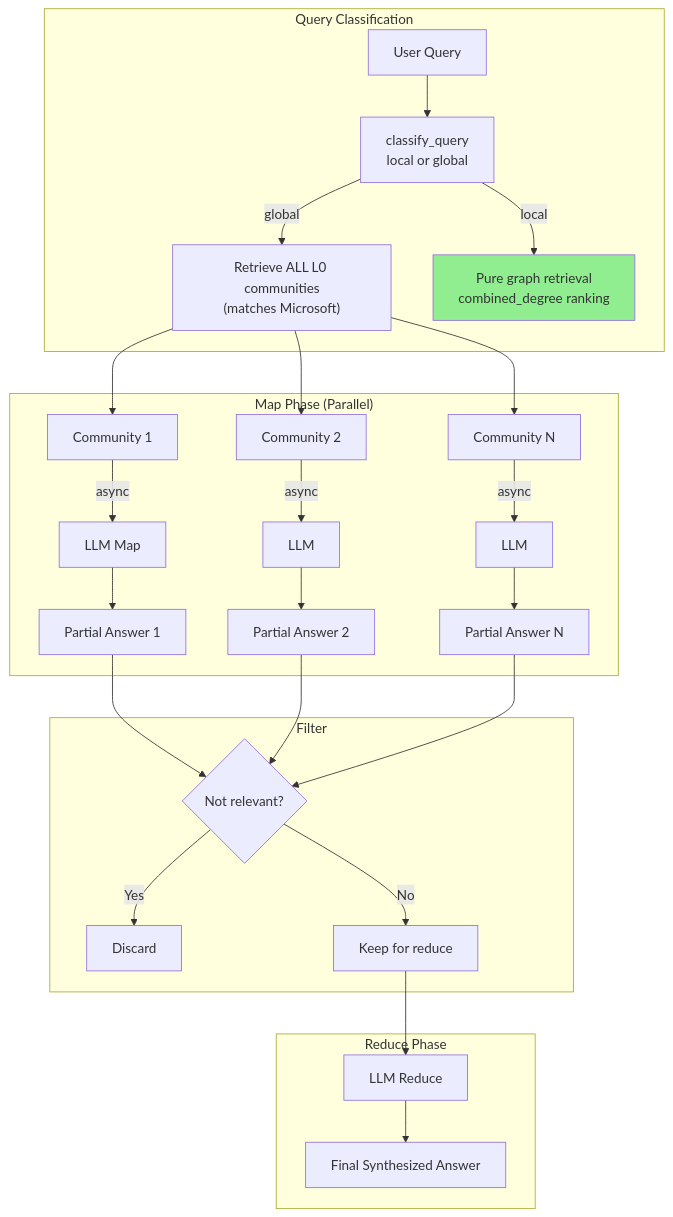
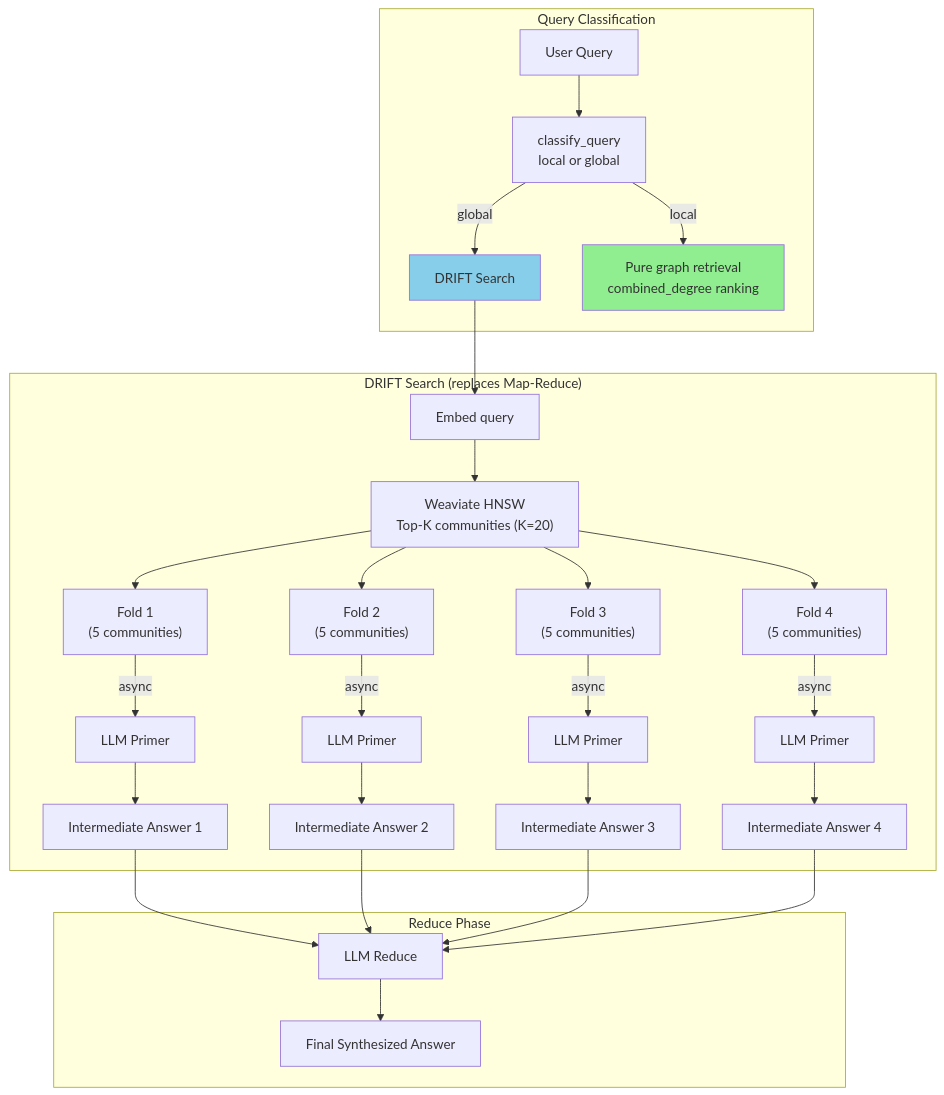
The eighth of 8 diagrams in memory-bank/graphrag/graphrag_raglab_implementation.md (crlsrmrlsz/raglab), drawn with Mermaid before and after one commit. The commit also changed other lines of this file and 6 other files, not shown here.

First line of the commit message:
docs: clean up stale map-reduce references after DRIFT implementation

````diff
--- a/memory-bank/graphrag/graphrag_raglab_implementation.md
+++ b/memory-bank/graphrag/graphrag_raglab_implementation.md
@@ -563,37 +565,38 @@
 ```mermaid
 flowchart TB
     subgraph Classification["Query Classification"]
         QUERY[User Query] --> CLASSIFY["classify_query<br/>local or global"]
-        CLASSIFY --> |global| RETRIEVE["Retrieve ALL L0 communities<br/>(matches Microsoft)"]
+        CLASSIFY --> |global| DRIFT["DRIFT Search"]
         CLASSIFY --> |local| LOCAL[Pure graph retrieval<br/>combined_degree ranking]
     end
 
-    subgraph MapPhase["Map Phase (Parallel)"]
-        RETRIEVE --> C1[Community 1]
-        RETRIEVE --> C2[Community 2]
-        RETRIEVE --> CN[Community N]
+    subgraph DRIFTPhase["DRIFT Search (replaces Map-Reduce)"]
+        DRIFT --> EMBED["Embed query"]
+        EMBED --> HNSW["Weaviate HNSW<br/>Top-K communities (K=20)"]
+        HNSW --> FOLD1["Fold 1<br/>(5 communities)"]
+        HNSW --> FOLD2["Fold 2<br/>(5 communities)"]
+        HNSW --> FOLD3["Fold 3<br/>(5 communities)"]
+        HNSW --> FOLD4["Fold 4<br/>(5 communities)"]
 
-        C1 --> |async| MAP1["LLM Map"]
-        C2 --> |async| MAP2[LLM]
-        CN --> |async| MAPN[LLM]
+        FOLD1 --> |async| P1["LLM Primer"]
+        FOLD2 --> |async| P2["LLM Primer"]
+        FOLD3 --> |async| P3["LLM Primer"]
+        FOLD4 --> |async| P4["LLM Primer"]
 
-        MAP1 --> P1[Partial Answer 1]
-        MAP2 --> P2[Partial Answer 2]
-        MAPN --> PN[Partial Answer N]
-    end
-
-    subgraph Filter["Filter"]
-        P1 --> FILTER{Not relevant?}
-        P2 --> FILTER
-        PN --> FILTER
-        FILTER --> |Yes| DISCARD[Discard]
-        FILTER --> |No| KEEP[Keep for reduce]
+        P1 --> INTER1[Intermediate Answer 1]
+        P2 --> INTER2[Intermediate Answer 2]
+        P3 --> INTER3[Intermediate Answer 3]
+        P4 --> INTER4[Intermediate Answer 4]
     end
 
     subgraph ReducePhase["Reduce Phase"]
-        KEEP --> REDUCE["LLM Reduce"]
+        INTER1 --> REDUCE["LLM Reduce"]
+        INTER2 --> REDUCE
+        INTER3 --> REDUCE
+        INTER4 --> REDUCE
         REDUCE --> FINAL[Final Synthesized Answer]
     end
 
     style LOCAL fill:#90EE90
+    style DRIFT fill:#87CEEB
 ```
````
